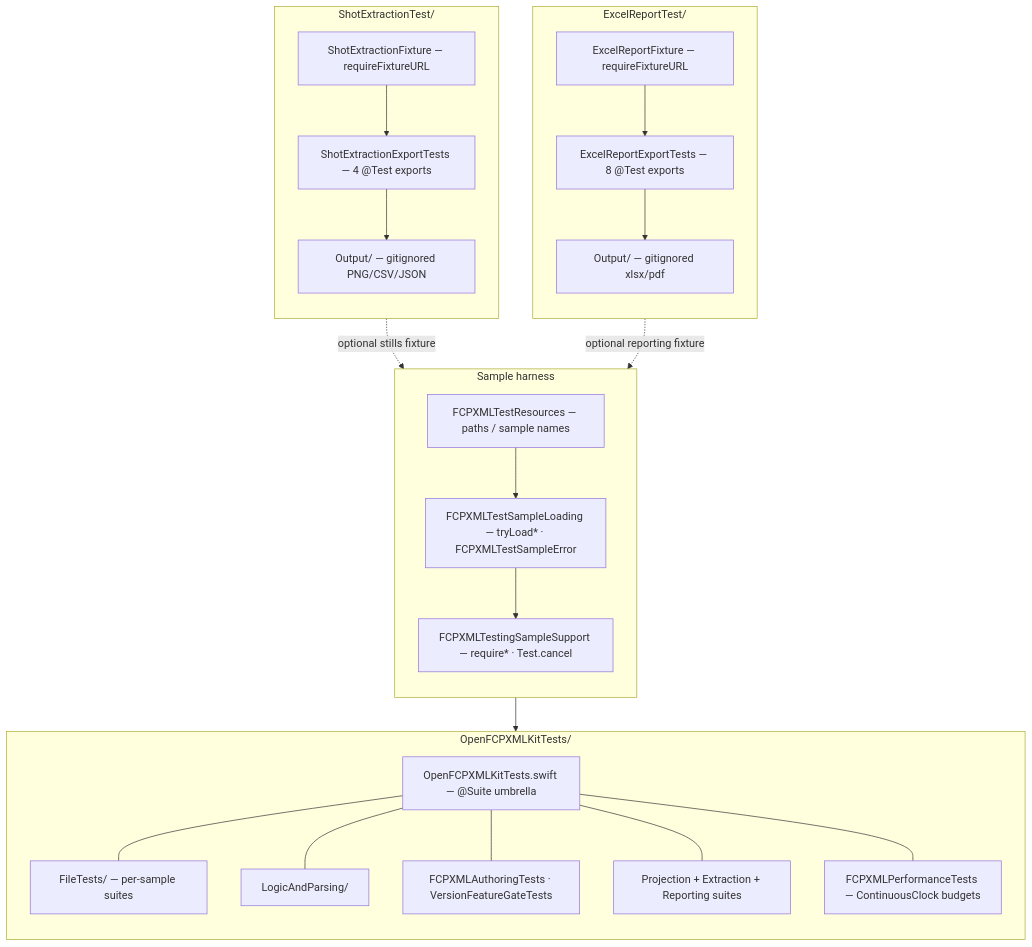
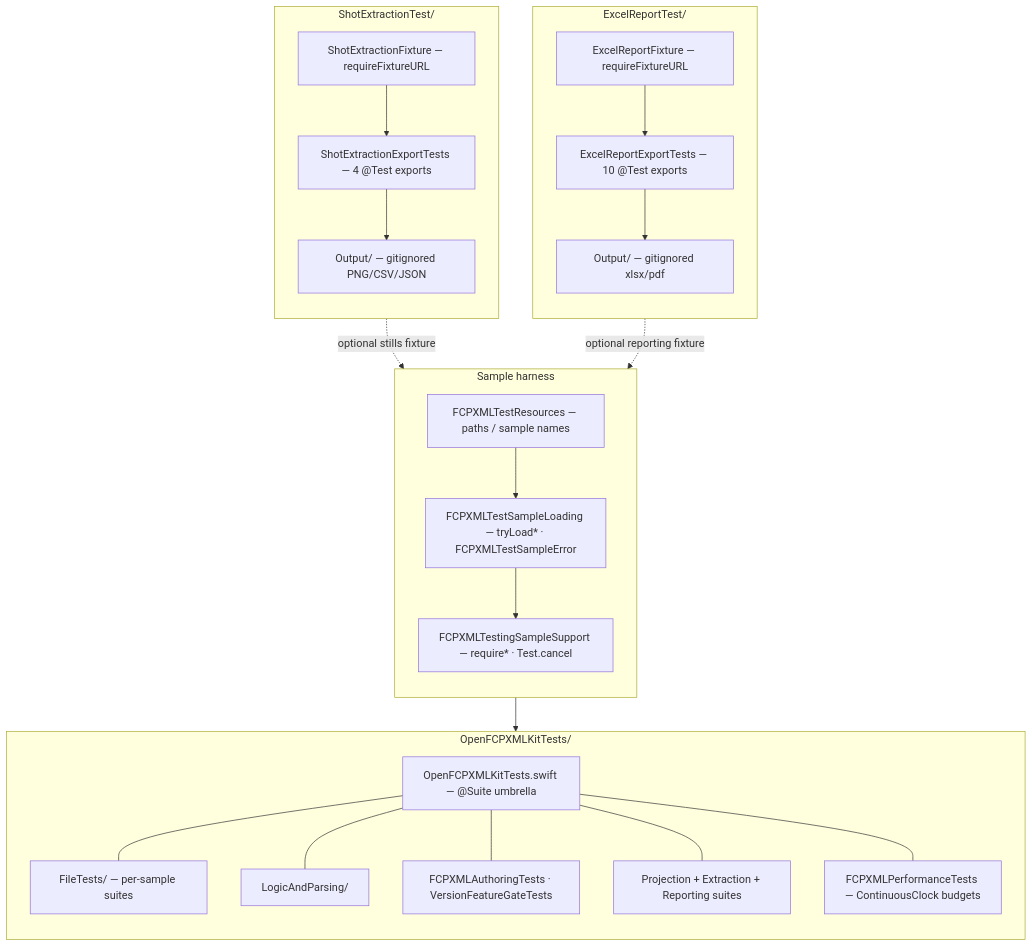
One commit to TheAcharya/OpenFCPXMLKit changed the second of 6 diagrams in ARCHITECTURE.md. Above: the diagram before and after it, drawn with Mermaid. The commit also changed other lines of this file and 17 other files, not shown here.

````diff
--- a/ARCHITECTURE.md
+++ b/ARCHITECTURE.md
@@ -238,45 +241,45 @@
 ```mermaid
 flowchart TB
     subgraph HARNESS["Sample harness"]
         direction TB
         RES["FCPXMLTestResources — paths / sample names"]
         LOAD["FCPXMLTestSampleLoading — tryLoad* · FCPXMLTestSampleError"]
         REQ["FCPXMLTestingSampleSupport — require* · Test.cancel"]
         RES --> LOAD --> REQ
     end
 
     subgraph OKT_TREE["OpenFCPXMLKitTests/"]
         direction TB
         UMB["OpenFCPXMLKitTests.swift — @Suite umbrella"]
         FILE["FileTests/ — per-sample suites"]
         LOGIC["LogicAndParsing/"]
         AUTH["FCPXMLAuthoringTests · VersionFeatureGateTests"]
         PROJ["Projection + Extraction + Reporting suites"]
         PERF["FCPXMLPerformanceTests — ContinuousClock budgets"]
         UMB --- FILE
         UMB --- LOGIC
         UMB --- AUTH
         UMB --- PROJ
         UMB --- PERF
     end
 
     subgraph ERT_TREE["ExcelReportTest/"]
         direction TB
         FIX["ExcelReportFixture — requireFixtureURL"]
-        EXP["ExcelReportExportTests — 8 @Test exports"]
+        EXP["ExcelReportExportTests — 10 @Test exports"]
         OUT["Output/ — gitignored xlsx/pdf"]
         FIX --> EXP --> OUT
     end
 
     subgraph SET_TREE["ShotExtractionTest/"]
         direction TB
         SFIX["ShotExtractionFixture — requireFixtureURL"]
         SEXP["ShotExtractionExportTests — 4 @Test exports"]
         SOUT["Output/ — gitignored PNG/CSV/JSON"]
         SFIX --> SEXP --> SOUT
     end
 
     HARNESS --> OKT_TREE
     FIX -.->|"optional reporting fixture"| HARNESS
     SFIX -.->|"optional stills fixture"| HARNESS
 ```
````
